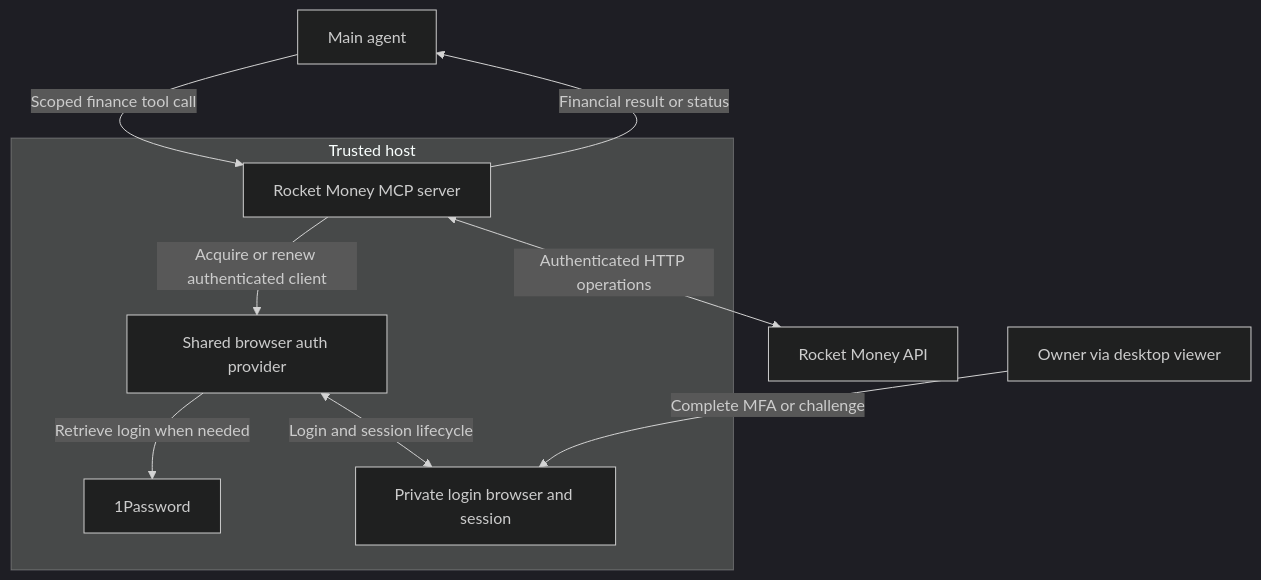
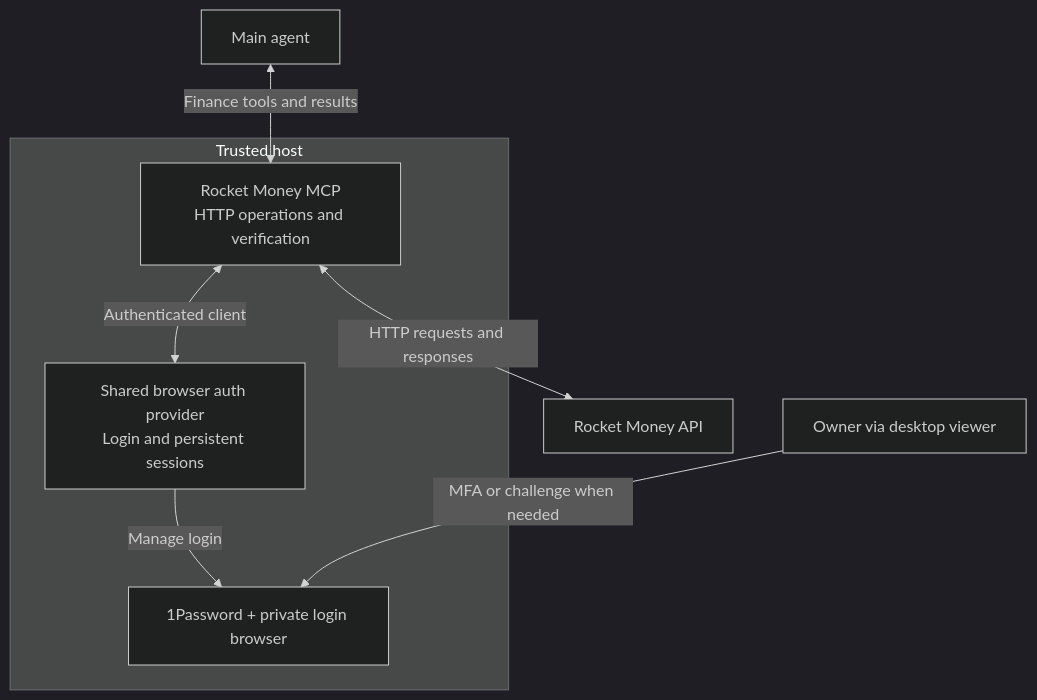
Before and after one commit to coletaylor788/puddles: the diagram in docs/plans/031-rocket-money-integration.md, drawn with Mermaid (dark theme). The commit also changed other lines of this file, not shown here.

Commit message:
Make Rocket Money design easier to scan

````diff
--- a/docs/plans/031-rocket-money-integration.md
+++ b/docs/plans/031-rocket-money-integration.md
@@ -17,19 +17,16 @@
 ```mermaid
 flowchart TB
     Main["Main agent"]
     subgraph Host["Trusted host"]
-        MCP["Rocket Money MCP server"]
-        Auth["Shared browser auth provider"]
-        Vault["1Password"]
-        Browser["Private login browser and session"]
-        MCP -->|"Acquire or renew authenticated client"| Auth
-        Auth -->|"Retrieve login when needed"| Vault
-        Auth <-->|"Login and session lifecycle"| Browser
+        MCP["Rocket Money MCP<br/>HTTP operations and verification"]
+        Auth["Shared browser auth provider<br/>Login and persistent sessions"]
+        Login["1Password + private login browser"]
+        MCP <-->|"Authenticated client"| Auth
+        Auth -->|"Manage login"| Login
     end
     API["Rocket Money API"]
     Owner["Owner via desktop viewer"]
-    Main -->|"Scoped finance tool call"| MCP
-    MCP -->|"Financial result or status"| Main
-    MCP <-->|"Authenticated HTTP operations"| API
-    Owner -->|"Complete MFA or challenge"| Browser
+    Main <-->|"Finance tools and results"| MCP
+    MCP <-->|"HTTP requests and responses"| API
+    Owner -->|"MFA or challenge when needed"| Login
 ```
````
